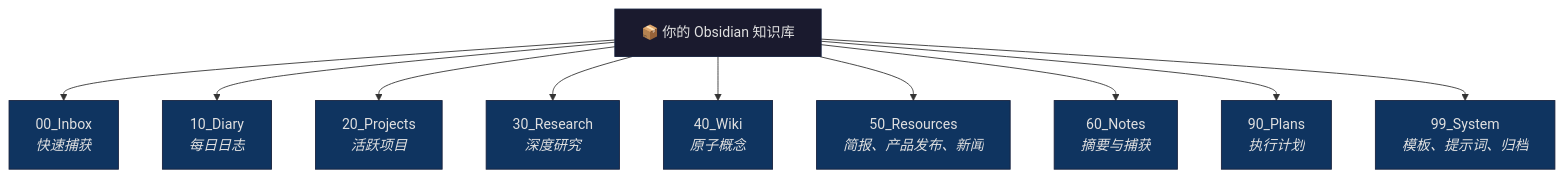
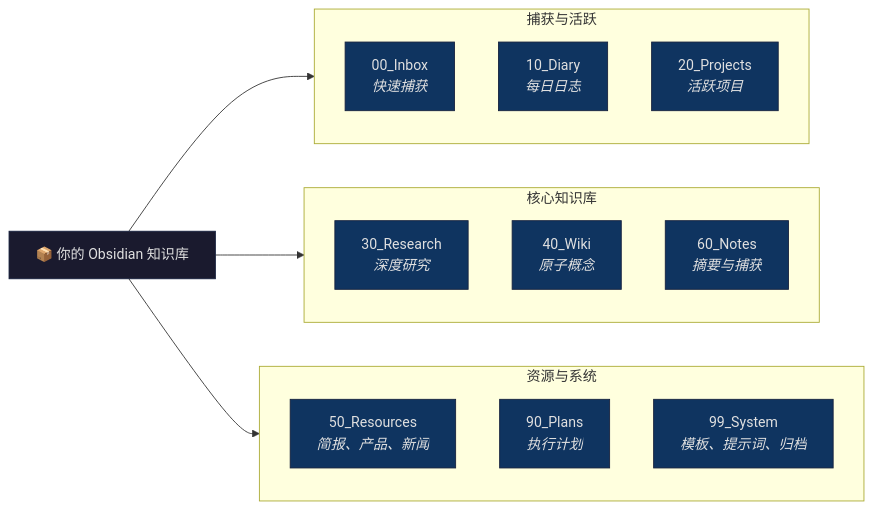
The second of 8 diagrams in README_CN.md (dull-bird/DeepOrbit), drawn with Mermaid before and after one commit. The commit also changed 1 other file, not shown here.

````diff
--- a/README_CN.md
+++ b/README_CN.md
@@ -80,23 +80,40 @@
 ```mermaid
-flowchart TD
-    V["📦 你的 Obsidian 知识库"] --> A["00_Inbox<br/><i>快速捕获</i>"]
-    V --> B["10_Diary<br/><i>每日日志</i>"]
-    V --> C["20_Projects<br/><i>活跃项目</i>"]
-    V --> D["30_Research<br/><i>深度研究</i>"]
-    V --> E["40_Wiki<br/><i>原子概念</i>"]
-    V --> F["50_Resources<br/><i>简报、产品发布、新闻</i>"]
-    V --> G["60_Notes<br/><i>摘要与捕获</i>"]
-    V --> H["90_Plans<br/><i>执行计划</i>"]
-    V --> I["99_System<br/><i>模板、提示词、归档</i>"]
+flowchart LR
+    V["📦 你的 Obsidian 知识库"]
+    
+    V --> G1
+    V --> G2
+    V --> G3
+
+    subgraph G1 ["捕获与活跃"]
+        direction TD
+        A["00_Inbox<br/><i>快速捕获</i>"]
+        B["10_Diary<br/><i>每日日志</i>"]
+        C["20_Projects<br/><i>活跃项目</i>"]
+    end
+    
+    subgraph G2 ["核心知识库"]
+        direction TD
+        D["30_Research<br/><i>深度研究</i>"]
+        E["40_Wiki<br/><i>原子概念</i>"]
+        G["60_Notes<br/><i>摘要与捕获</i>"]
+    end
+    
+    subgraph G3 ["资源与系统"]
+        direction TD
+        F["50_Resources<br/><i>简报、产品、新闻</i>"]
+        H["90_Plans<br/><i>执行计划</i>"]
+        I["99_System<br/><i>模板、提示词、归档</i>"]
+    end
 
     style V fill:#1a1a2e,stroke:#16213e,color:#e0e0e0
     style A fill:#0f3460,stroke:#16213e,color:#e0e0e0
     style B fill:#0f3460,stroke:#16213e,color:#e0e0e0
     style C fill:#0f3460,stroke:#16213e,color:#e0e0e0
     style D fill:#0f3460,stroke:#16213e,color:#e0e0e0
     style E fill:#0f3460,stroke:#16213e,color:#e0e0e0
     style F fill:#0f3460,stroke:#16213e,color:#e0e0e0
     style G fill:#0f3460,stroke:#16213e,color:#e0e0e0
     style H fill:#0f3460,stroke:#16213e,color:#e0e0e0
     style I fill:#0f3460,stroke:#16213e,color:#e0e0e0
 ```
````
